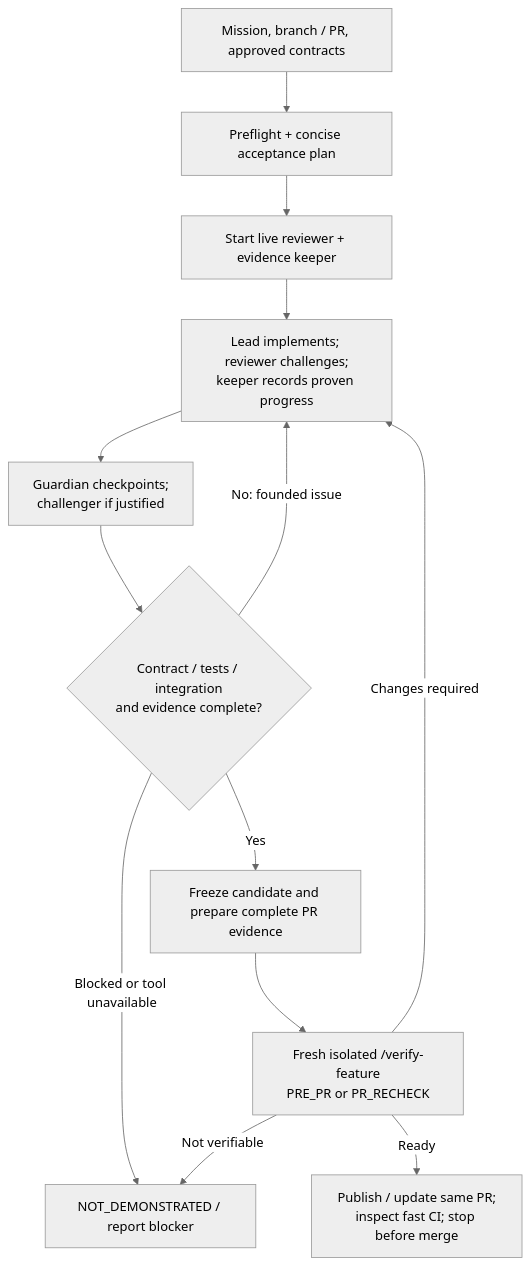
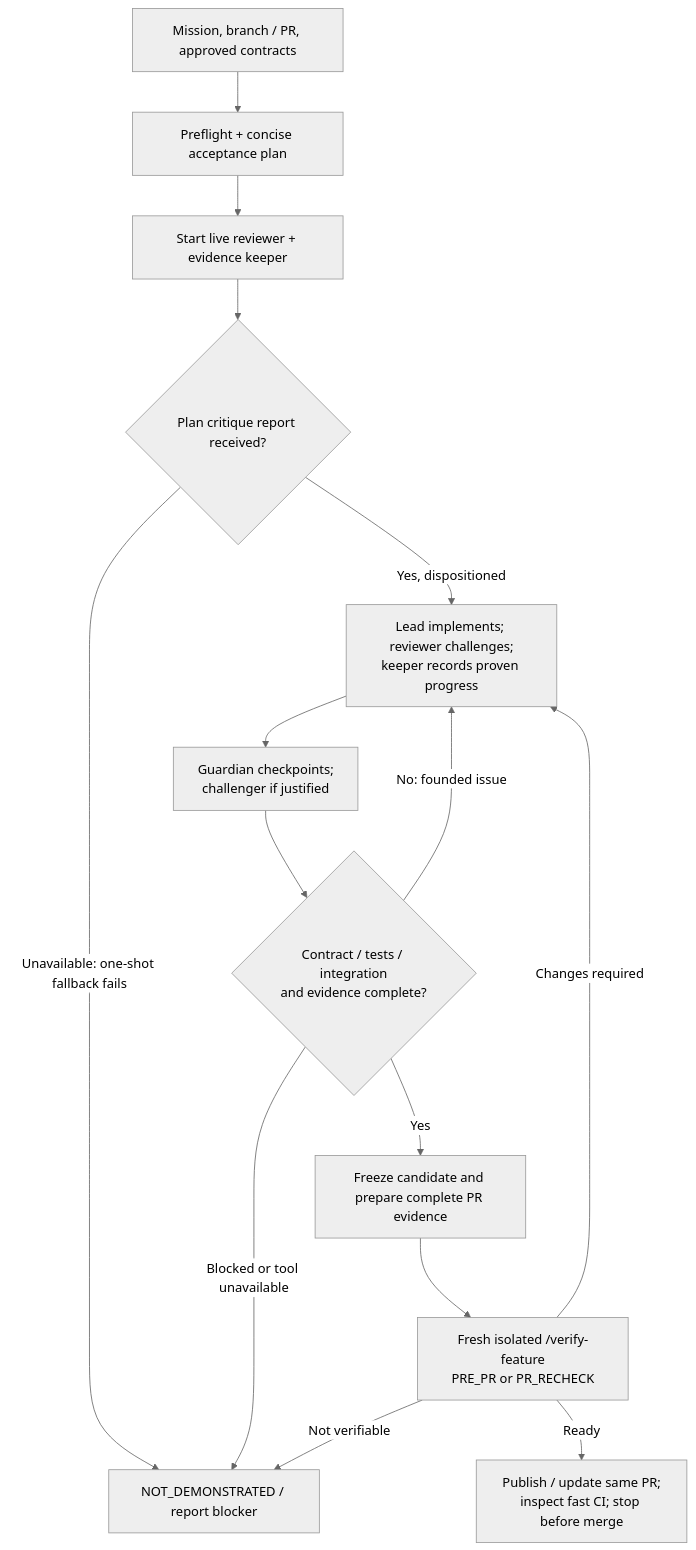
The second of 2 diagrams in docs/development/agent-development-workflow.md (aradenac/utest-machinery), drawn with Mermaid (neutral theme) before and after one commit. The commit also changed other lines of this file, not shown here.

Commit message:
docs(dev): explain durable team barriers and systematic one-shot verification

````diff
--- a/docs/development/agent-development-workflow.md
+++ b/docs/development/agent-development-workflow.md
@@ -65,15 +65,17 @@
 ```mermaid
 flowchart TD
   A["Mission, branch / PR, approved contracts"] --> B["Preflight + concise acceptance plan"]
   B --> C["Start live reviewer + evidence keeper"]
-  C --> D["Lead implements; reviewer challenges;\nkeeper records proven progress"]
+  C --> Q{"Plan critique report received?"}
+  Q -->|"Yes, dispositioned"| D["Lead implements; reviewer challenges;\nkeeper records proven progress"]
+  Q -->|"Unavailable: one-shot fallback fails"| X
   D --> G["Guardian checkpoints;\nchallenger if justified"]
   G --> E{"Contract / tests / integration\nand evidence complete?"}
   E -->|"No: founded issue"| D
   E -->|"Blocked or tool unavailable"| X["NOT_DEMONSTRATED / report blocker"]
   E -->|"Yes"| P["Freeze candidate and prepare complete PR evidence"]
   P --> F["Fresh isolated /verify-feature\nPRE_PR or PR_RECHECK"]
   F -->|"Changes required"| D
   F -->|"Not verifiable"| X
   F -->|"Ready"| R["Publish / update same PR;\ninspect fast CI; stop before merge"]
 ```
````
